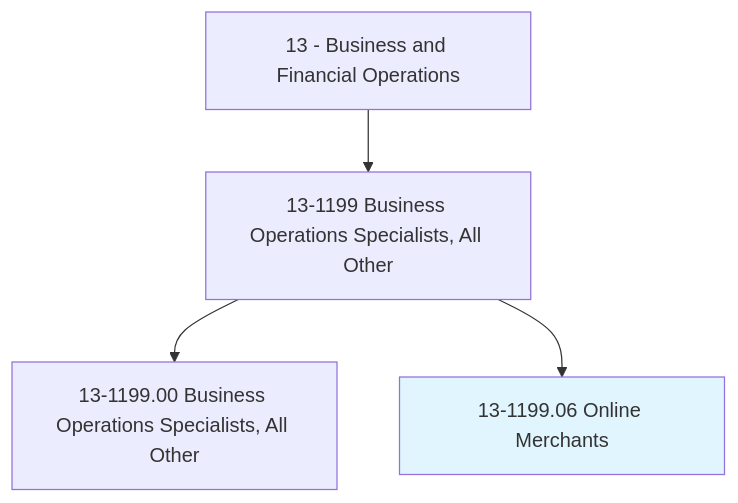
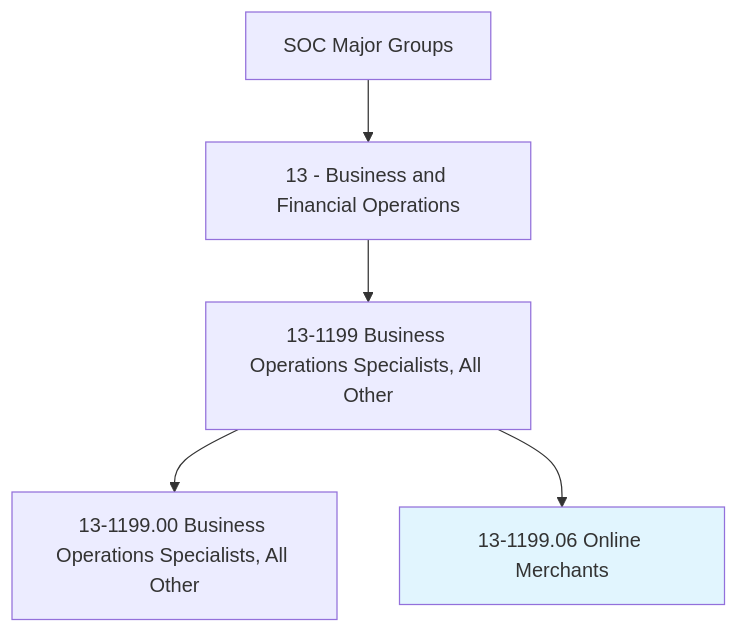
One commit to kziemski/business.org.ai changed the first of 4 diagrams in occupations/Business/OnlineMerchants.mdx. Above: the diagram before and after it, drawn with Mermaid. The commit also changed other lines of this file and 938 other files, not shown here.

````diff
--- a/occupations/Business/OnlineMerchants.mdx
+++ b/occupations/Business/OnlineMerchants.mdx
@@ -19,7 +25,8 @@
 ```mermaid
 graph TD
-    Cat13["13 - Business and Financial Operations"] --> Group131199["13-1199 Business Operations Specialists, All Other"]
-    Group131199 --> Base["13-1199.00 Business Operations Specialists, All Other"]
-    Group131199 --> Current["13-1199.06 Online Merchants"]
+    SOC["SOC Major Groups"] --> Cat13["13 - Business and Financial Operations"]
+    Cat13 --> G131199["13-1199 Business Operations Specialists, All Other"]
+    G131199 --> Base["13-1199.00 Business Operations Specialists, All Other"]
+    G131199 --> Current["13-1199.06 Online Merchants"]
     style Current fill:#e1f5fe
 ```
````
